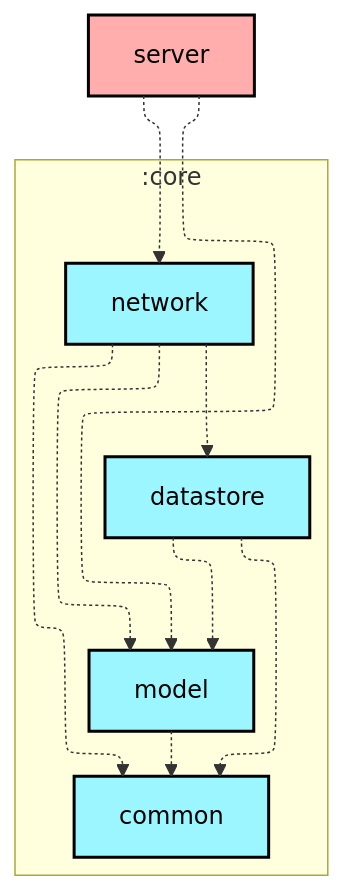
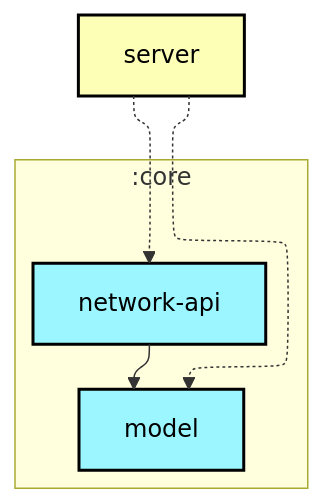
Before and after one commit to woods-marshes/chat-multiplatform: the first of 2 diagrams in server/README.md, drawn with Mermaid. The commit also changed other lines of this file and 26 other files, not shown here.

First line of the commit message:
build: fix module graph plugin detection and refresh READMEs

````diff
--- a/server/README.md
+++ b/server/README.md
@@ -6,31 +6,26 @@
 ```mermaid
 ---
 config:
   layout: elk
   elk:
     nodePlacementStrategy: SIMPLE
 ---
 graph TB
   subgraph :core
     direction TB
-    :core:common[common]:::kotlin-multiplatform
-    :core:datastore[datastore]:::kotlin-multiplatform
     :core:model[model]:::kotlin-multiplatform
-    :core:network[network]:::kotlin-multiplatform
+    :core:network-api[network-api]:::kotlin-multiplatform
   end
-  :server[server]:::unknown
+  :server[server]:::ktor-server
 
-  :core:datastore -.-> :core:common
-  :core:datastore -.-> :core:model
-  :core:model -.-> :core:common
-  :core:network -.-> :core:common
-  :core:network -.-> :core:datastore
-  :core:network -.-> :core:model
+  :core:network-api --> :core:model
   :server -.-> :core:model
-  :server -.-> :core:network
+  :server -.-> :core:network-api
 
 classDef android-application fill:#CAFFBF,stroke:#000,stroke-width:2px,color:#000;
+classDef desktop-application fill:#BDB2FF,stroke:#000,stroke-width:2px,color:#000;
 classDef compose-multiplatform fill:#FFD6A5,stroke:#000,stroke-width:2px,color:#000;
+classDef ktor-server fill:#FDFFB6,stroke:#000,stroke-width:2px,color:#000;
 classDef kotlin-multiplatform fill:#9BF6FF,stroke:#000,stroke-width:2px,color:#000;
 classDef unknown fill:#FFADAD,stroke:#000,stroke-width:2px,color:#000;
 ```
````
